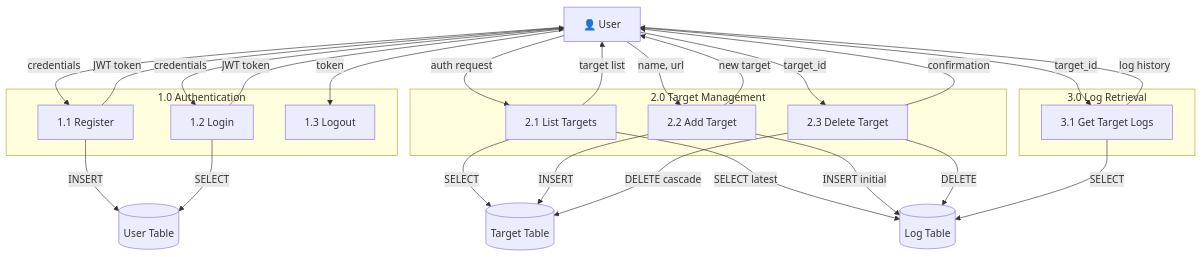
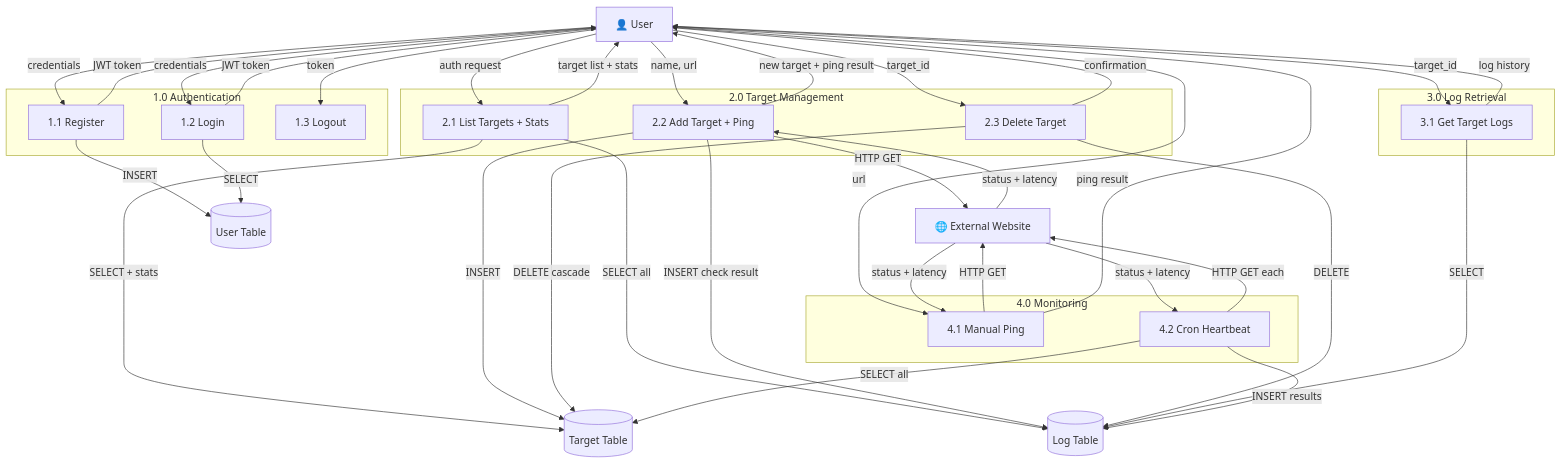
Before and after one commit to Abdelrahman744/Vigil-v2-flask: the third of 4 diagrams in README.md, drawn with Mermaid. The commit also changed other lines of this file and 6 other files, not shown here.

Commit message:
docs: complete README with updated ERD, DFD, API docs, frontend pages, and project structure

````diff
--- a/README.md
+++ b/README.md
@@ -139,53 +164,71 @@
 ```mermaid
 graph TB
     User["👤 User"]
+    Web["🌐 External Website"]
 
     subgraph "1.0 Authentication"
         P1["1.1 Register"]
         P2["1.2 Login"]
         P3["1.3 Logout"]
     end
 
     subgraph "2.0 Target Management"
-        P4["2.1 List Targets"]
-        P5["2.2 Add Target"]
+        P4["2.1 List Targets + Stats"]
+        P5["2.2 Add Target + Ping"]
         P6["2.3 Delete Target"]
     end
 
     subgraph "3.0 Log Retrieval"
         P7["3.1 Get Target Logs"]
+    end
+
+    subgraph "4.0 Monitoring"
+        P8["4.1 Manual Ping"]
+        P9["4.2 Cron Heartbeat"]
     end
 
     DB_User[("User Table")]
     DB_Target[("Target Table")]
     DB_Log[("Log Table")]
 
     User -->|"credentials"| P1
     User -->|"credentials"| P2
     User -->|"token"| P3
 
     P1 -->|"INSERT"| DB_User
     P1 -->|"JWT token"| User
     P2 -->|"SELECT"| DB_User
     P2 -->|"JWT token"| User
 
     User -->|"auth request"| P4
     User -->|"name, url"| P5
     User -->|"target_id"| P6
 
-    P4 -->|"SELECT"| DB_Target
-    P4 -->|"SELECT latest"| DB_Log
-    P4 -->|"target list"| User
+    P4 -->|"SELECT + stats"| DB_Target
+    P4 -->|"SELECT all"| DB_Log
+    P4 -->|"target list + stats"| User
 
     P5 -->|"INSERT"| DB_Target
-    P5 -->|"INSERT initial"| DB_Log
-    P5 -->|"new target"| User
+    P5 -->|"HTTP GET"| Web
+    Web -->|"status + latency"| P5
+    P5 -->|"INSERT check result"| DB_Log
+    P5 -->|"new target + ping result"| User
 
     P6 -->|"DELETE cascade"| DB_Target
     P6 -->|"DELETE"| DB_Log
     P6 -->|"confirmation"| User
 
     User -->|"target_id"| P7
     P7 -->|"SELECT"| DB_Log
     P7 -->|"log history"| User
+
+    User -->|"url"| P8
+    P8 -->|"HTTP GET"| Web
+    Web -->|"status + latency"| P8
+    P8 -->|"ping result"| User
+
+    P9 -->|"SELECT all"| DB_Target
+    P9 -->|"HTTP GET each"| Web
+    Web -->|"status + latency"| P9
+    P9 -->|"INSERT results"| DB_Log
 ```
````
